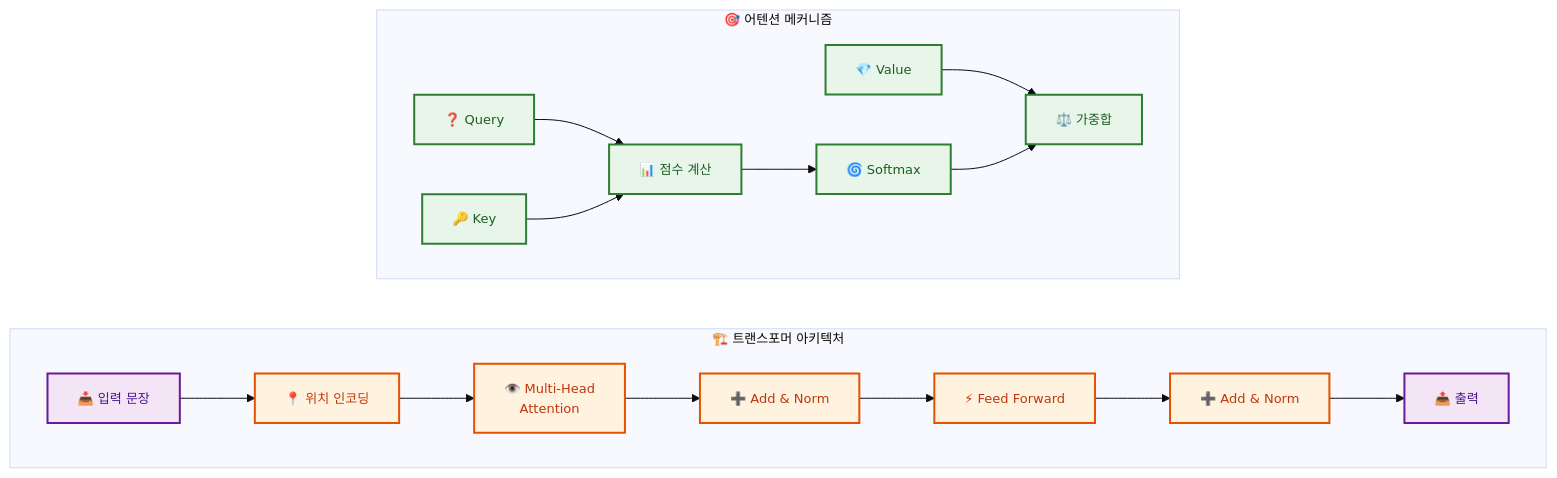
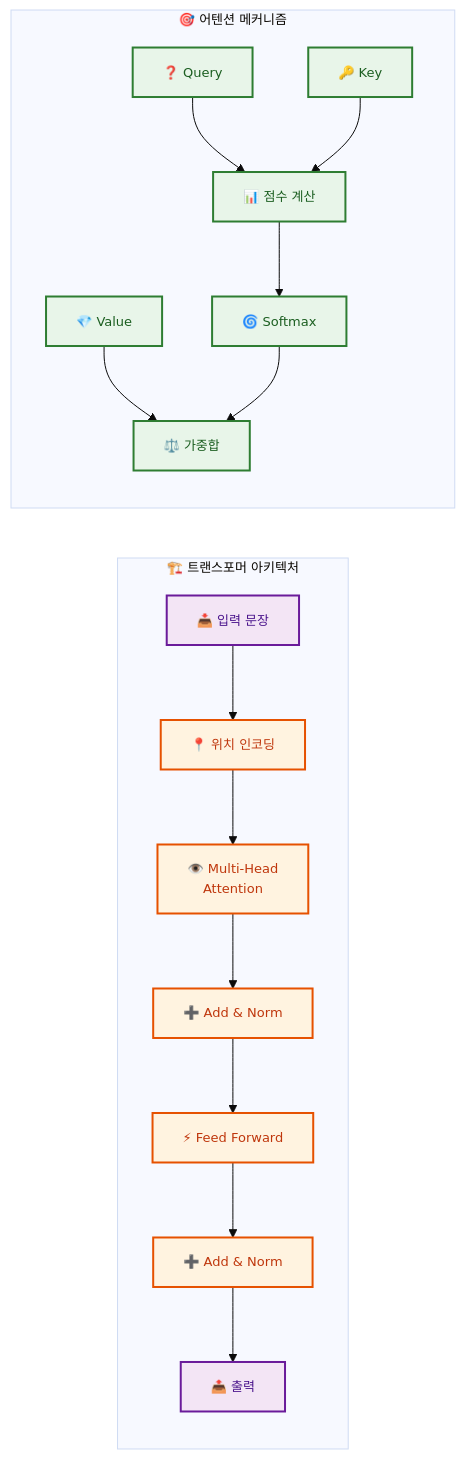
Diagram 12 of 18 in ai-programming/README.md (jingu279/Document), drawn with Mermaid before and after one commit. The commit also changed other lines of this file, not shown here.

First line of the commit message:
Fix all 18 README Mermaid figures: remove redundant direction, edges inside subgraphs

````diff
--- a/ai-programming/README.md
+++ b/ai-programming/README.md
@@ -454,40 +451,38 @@
 ```mermaid
 %%{init: {'theme': 'base', 'themeVariables': {'fontSize': '13px'}}}%%
 flowchart LR
   subgraph Transformer[🏗️ 트랜스포머 아키텍처]
-    direction LR
     Input2["📥 입력 문장"]
     Pos["📍 위치 인코딩"]
     MH["👁️ Multi-Head<br/>Attention"]
     Add1["➕ Add & Norm"]
     FF["⚡ Feed Forward"]
     Add2["➕ Add & Norm"]
     Output2["📤 출력"]
+  Input2 --> Pos --> MH --> Add1 --> FF --> Add2 --> Output2
   end
 
-  Input2 --> Pos --> MH --> Add1 --> FF --> Add2 --> Output2
 
   subgraph Attention[🎯 어텐션 메커니즘]
-    direction LR
     Q["❓ Query"]
     K["🔑 Key"]
     V["💎 Value"]
     Score["📊 점수 계산"]
     Soft["🌀 Softmax"]
     Weight["⚖️ 가중합"]
-  end
-
   Q --> Score
   K --> Score
   Score --> Soft
   V --> Weight
   Soft --> Weight
+  end
+
 
   classDef input fill:#f3e5f5,stroke:#6a1b9a,stroke-width:2px,color:#4a148c
   classDef proc fill:#fff3e0,stroke:#e65100,stroke-width:2px,color:#bf360c
   classDef att fill:#e8f5e9,stroke:#2e7d32,stroke-width:2px,color:#1b5e20
   classDef out fill:#c8e6c9,stroke:#2e7d32,stroke-width:2px,color:#1b5e20
   class Input2,Output2 input
   class Pos,MH,Add1,FF,Add2 proc
   class Q,K,V,Score,Soft,Weight att
 ```
````
